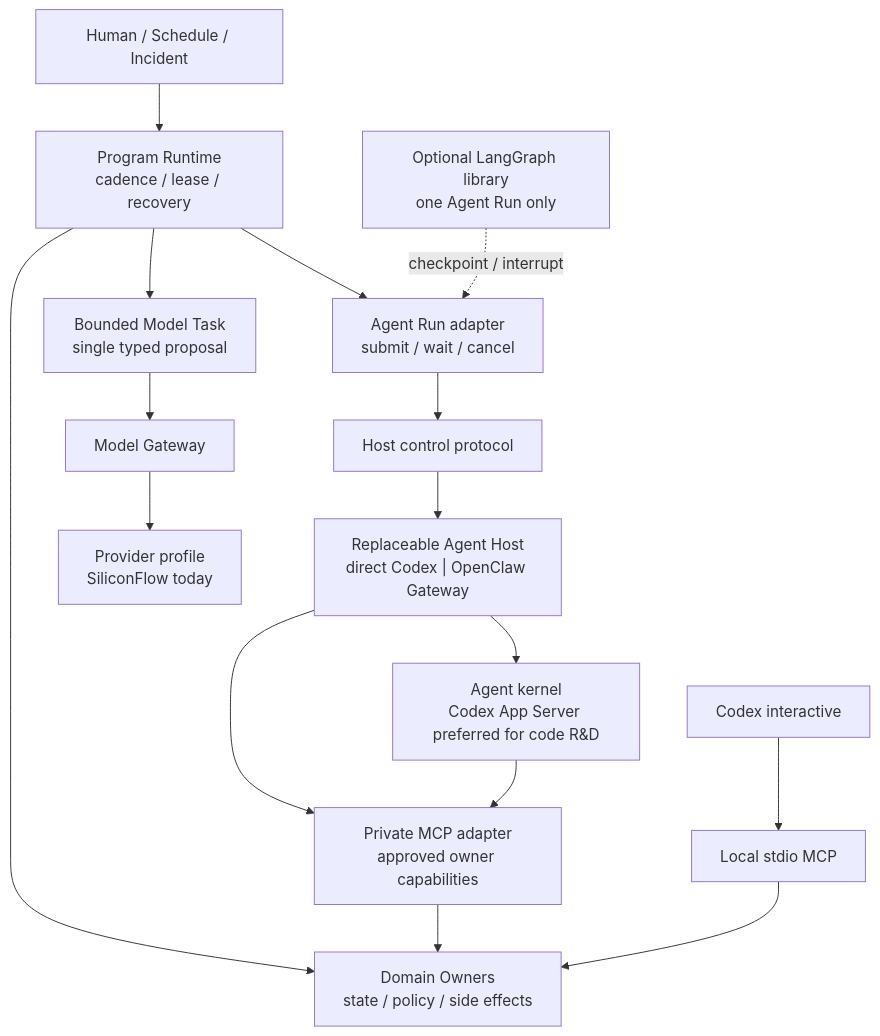
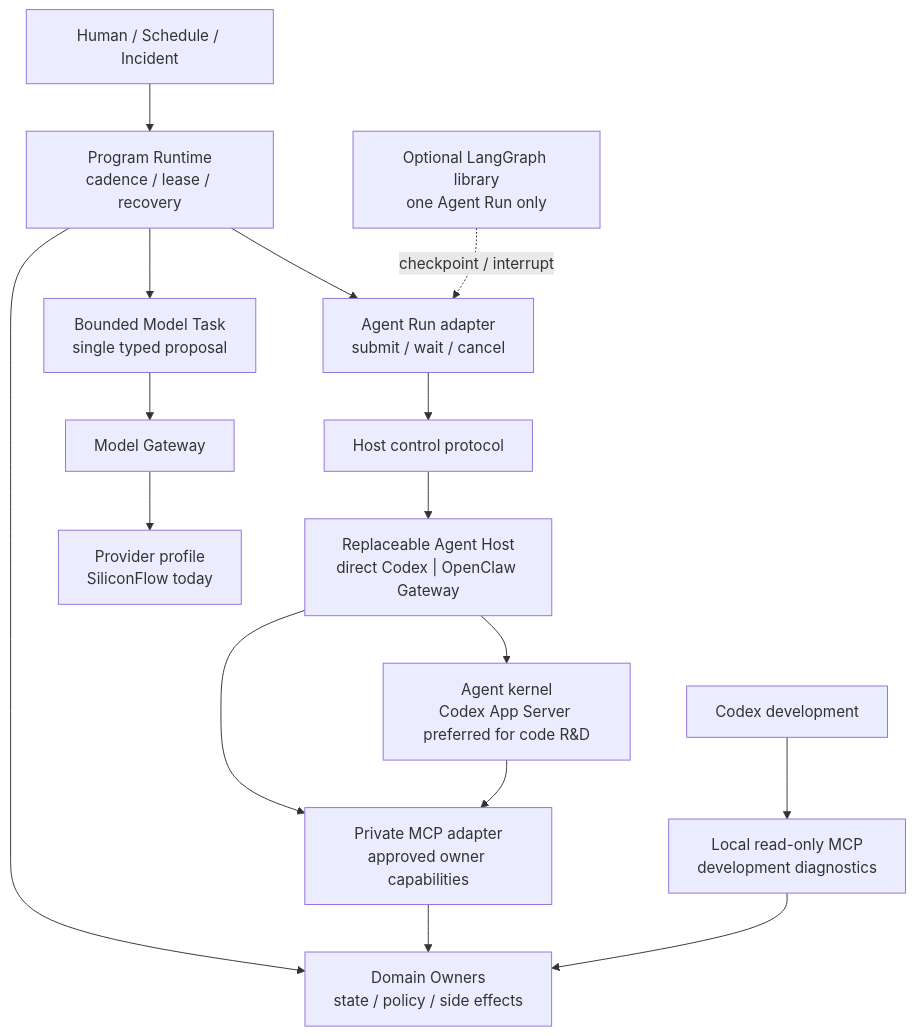
One commit to qOeOp/trade changed the diagram in docs/architecture/migrations/agent-host-runtime-integration-plan.md. Above: the diagram before and after it, drawn with Mermaid. The commit also changed other lines of this file and 12 other files, not shown here.

````diff
--- a/docs/architecture/migrations/agent-host-runtime-integration-plan.md
+++ b/docs/architecture/migrations/agent-host-runtime-integration-plan.md
@@ -24,18 +24,18 @@
 ```mermaid
 flowchart TB
   PR["Program Runtime<br/>cadence / lease / recovery"] --> OW["Domain Owners<br/>state / policy / side effects"]
   PR --> MT["Bounded Model Task<br/>single typed proposal"]
   PR --> AR["Agent Run adapter<br/>submit / wait / cancel"]
   UI["Human / Schedule / Incident"] --> PR
   AR --> RPC["Host control protocol"]
   RPC --> AH["Replaceable Agent Host<br/>direct Codex | OpenClaw Gateway"]
   AH --> CK["Agent kernel<br/>Codex App Server preferred for code R&D"]
   AH --> MCP["Private MCP adapter<br/>approved owner capabilities"]
   CK --> MCP
   MCP --> OW
-  CODEXMCP["Local stdio MCP"] --> OW
-  CODEX["Codex interactive"] --> CODEXMCP
+  DEVREAD["Local read-only MCP<br/>development diagnostics"] --> OW
+  CODEX["Codex development"] --> DEVREAD
   LG["Optional LangGraph library<br/>one Agent Run only"] -. "checkpoint / interrupt" .-> AR
   MT --> MG["Model Gateway"]
   MG --> SF["Provider profile<br/>SiliconFlow today"]
 ```
````
